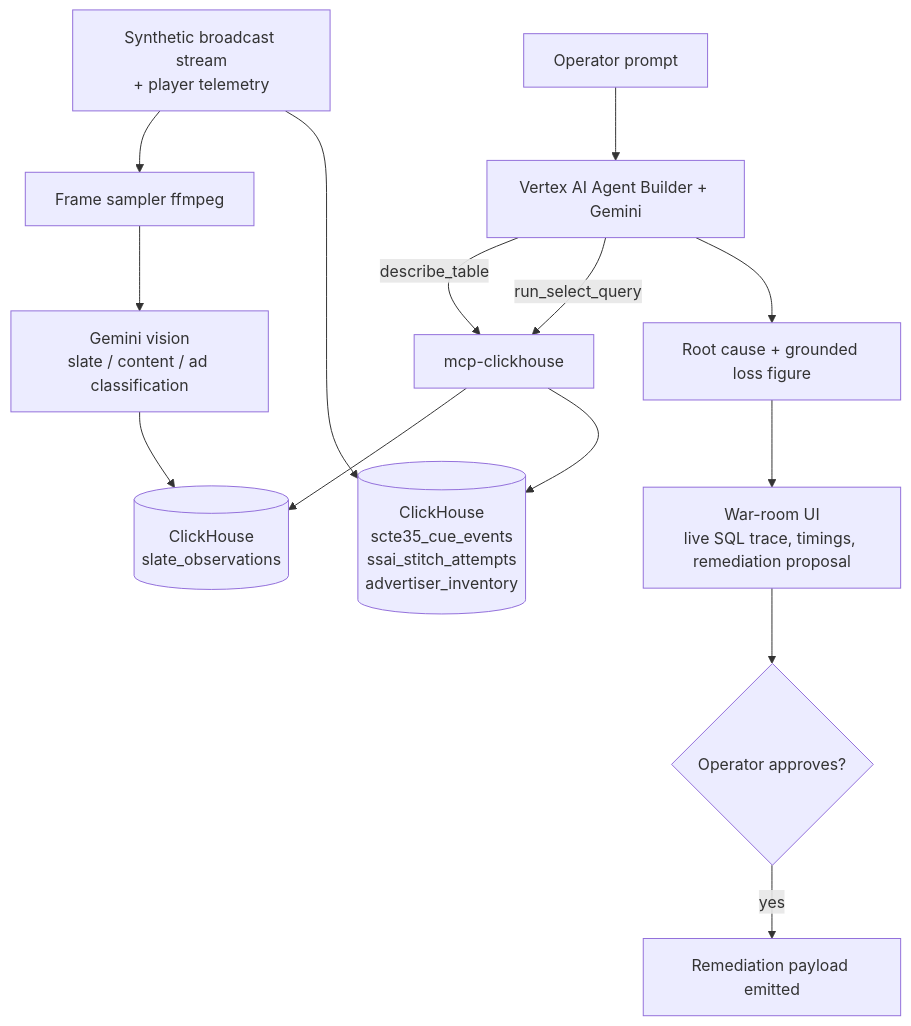
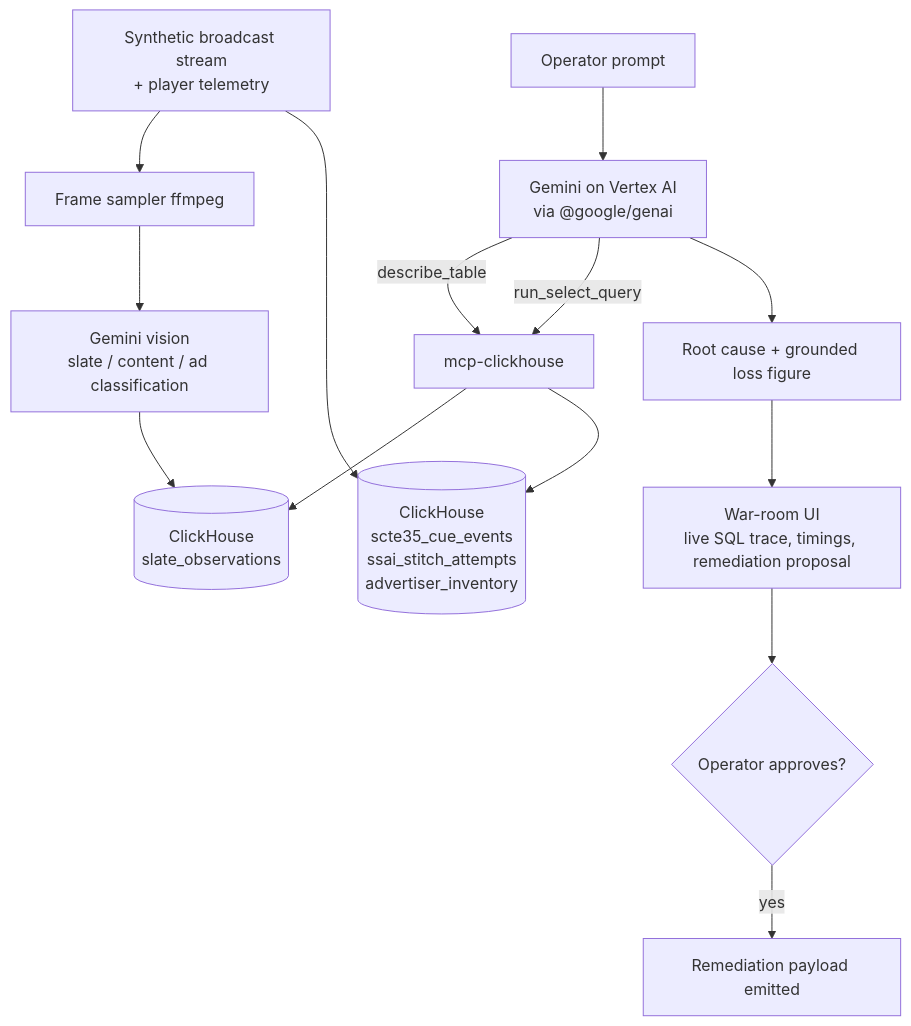
The diagram in PROJECT-OVERVIEW.md (jaswalsaurabh/ghostslate), drawn with Mermaid before and after one commit. The commit also changed other lines of this file and 133 other files, not shown here.

````diff
--- a/PROJECT-OVERVIEW.md
+++ b/PROJECT-OVERVIEW.md
@@ -49,16 +47,16 @@
 ```mermaid
 flowchart TD
     A[Synthetic broadcast stream<br/>+ player telemetry] --> B[Frame sampler ffmpeg]
     B --> C[Gemini vision<br/>slate / content / ad classification]
     C --> D[(ClickHouse<br/>slate_observations)]
     A --> E[(ClickHouse<br/>scte35_cue_events<br/>ssai_stitch_attempts<br/>advertiser_inventory)]
-    F[Operator prompt] --> G[Vertex AI Agent Builder + Gemini]
+    F[Operator prompt] --> G[Gemini on Vertex AI<br/>via @google/genai]
     G -->|describe_table| H[mcp-clickhouse]
     G -->|run_select_query| H
     H --> D
     H --> E
     G --> I[Root cause + grounded loss figure]
     I --> J[War-room UI<br/>live SQL trace, timings, remediation proposal]
     J --> K{Operator approves?}
     K -->|yes| L[Remediation payload emitted]
 ```
````
